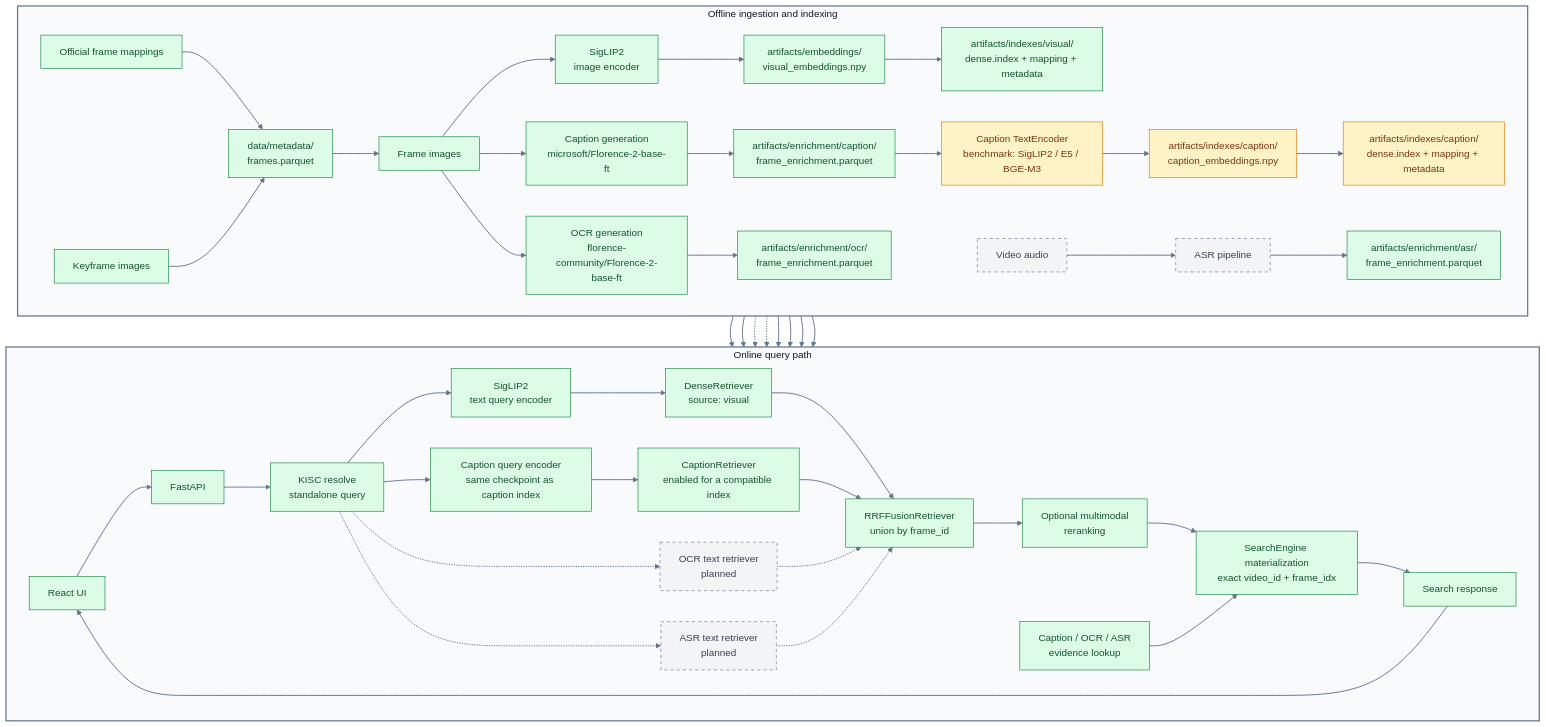
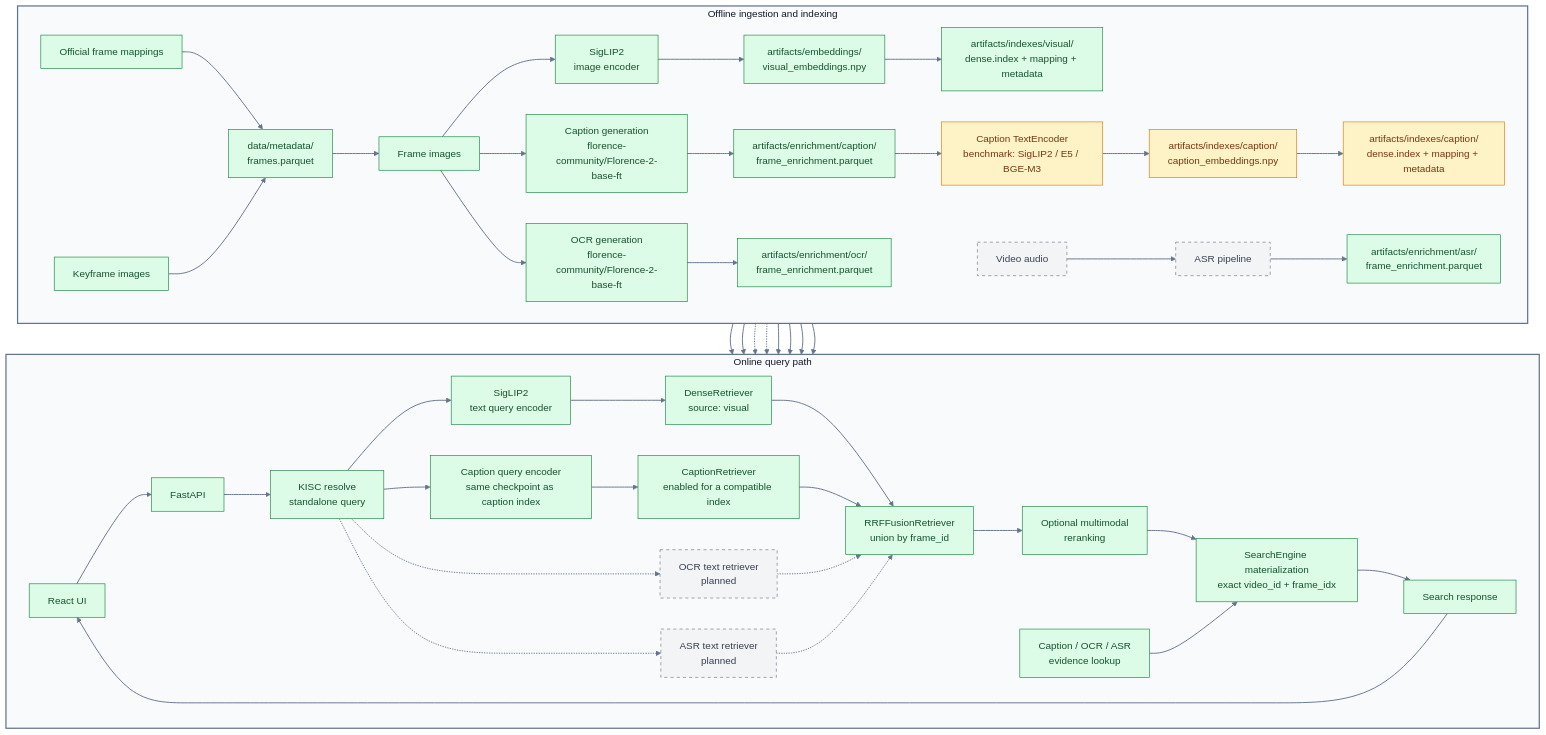
One commit to khang1108/MLeCDanBGold changed the diagram in README.md. Above: the diagram before and after it, drawn with Mermaid (forest theme). The commit also changed 4 other files, not shown here.

````diff
--- a/README.md
+++ b/README.md
@@ -44,72 +44,72 @@
 ```mermaid
 flowchart TB
     subgraph OFFLINE["Offline ingestion and indexing"]
         direction LR
         MAP["Official frame mappings"] --> META["data/metadata/<br/>frames.parquet"]
         KEY["Keyframe images"] --> META
 
         META --> VDATA["Frame images"]
         VDATA --> VENC["SigLIP2<br/>image encoder"]
         VENC --> VEMB["artifacts/embeddings/<br/>visual_embeddings.npy"]
         VEMB --> VIDX["artifacts/indexes/visual/<br/>dense.index + mapping + metadata"]
 
-        VDATA --> CAPGEN["Caption generation<br/>microsoft/Florence-2-base-ft"]
+        VDATA --> CAPGEN["Caption generation<br/>florence-community/Florence-2-base-ft"]
         CAPGEN --> CAPSTORE["artifacts/enrichment/caption/<br/>frame_enrichment.parquet"]
         CAPSTORE --> CAPENC["Caption TextEncoder<br/>benchmark: SigLIP2 / E5 / BGE-M3"]
         CAPENC --> CAPEMB["artifacts/indexes/caption/<br/>caption_embeddings.npy"]
         CAPEMB --> CAPIDX["artifacts/indexes/caption/<br/>dense.index + mapping + metadata"]
 
         VDATA --> OCRGEN["OCR generation<br/>florence-community/Florence-2-base-ft"]
         OCRGEN --> OCRSTORE["artifacts/enrichment/ocr/<br/>frame_enrichment.parquet"]
 
         VIDEO["Video audio"] --> ASRGEN["ASR pipeline"]
         ASRGEN --> ASRSTORE["artifacts/enrichment/asr/<br/>frame_enrichment.parquet"]
     end
 
     subgraph ONLINE["Online query path"]
         direction LR
         UI["React UI"] --> API["FastAPI"]
         API --> RESOLVE["KISC resolve<br/>standalone query"]
 
         RESOLVE --> VQENC["SigLIP2<br/>text query encoder"]
         VQENC --> VRET["DenseRetriever<br/>source: visual"]
         VIDX --> VRET
 
         RESOLVE --> CQENC["Caption query encoder<br/>same checkpoint as caption index"]
         CQENC --> CRET["CaptionRetriever<br/>enabled for a compatible index"]
         CAPIDX --> CRET
 
         RESOLVE -.-> ORET["OCR text retriever<br/>planned"]
         OCRSTORE -.-> ORET
         RESOLVE -.-> ARET["ASR text retriever<br/>planned"]
         ASRSTORE -.-> ARET
 
         VRET --> FUSION["RRFFusionRetriever<br/>union by frame_id"]
         CRET --> FUSION
         ORET -.-> FUSION
         ARET -.-> FUSION
         FUSION --> RERANK["Optional multimodal<br/>reranking"]
         RERANK --> MATERIALIZE["SearchEngine materialization<br/>exact video_id + frame_idx"]
         META --> MATERIALIZE
 
         CAPSTORE --> EVIDENCE["Caption / OCR / ASR<br/>evidence lookup"]
         OCRSTORE --> EVIDENCE
         ASRSTORE --> EVIDENCE
         EVIDENCE --> MATERIALIZE
 
         MATERIALIZE --> RESPONSE["Search response"]
         RESPONSE --> UI
     end
 
     classDef active fill:#dcfce7,stroke:#15803d,color:#14532d;
     classDef component fill:#fef3c7,stroke:#d97706,color:#78350f;
     classDef planned fill:#f3f4f6,stroke:#6b7280,color:#374151,stroke-dasharray:5 5;
 
     style OFFLINE fill:#f8fafc,stroke:#64748b,stroke-width:2px,color:#0f172a;
     style ONLINE fill:#f8fafc,stroke:#64748b,stroke-width:2px,color:#0f172a;
     linkStyle default stroke:#64748b,stroke-width:1.5px;
 
     class MAP,KEY,META,VDATA,VENC,VEMB,VIDX,CAPGEN,CAPSTORE,OCRGEN,OCRSTORE,ASRSTORE,UI,API,RESOLVE,VQENC,VRET,CQENC,CRET,FUSION,EVIDENCE,RERANK,MATERIALIZE,RESPONSE active;
     class CAPENC,CAPEMB,CAPIDX component;
     class VIDEO,ASRGEN,ORET,ARET planned;
 ```
````
